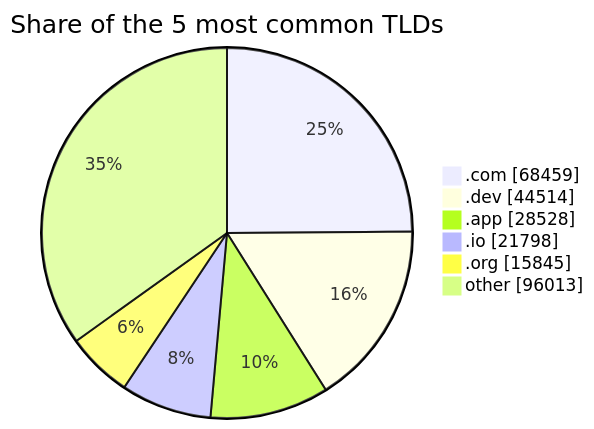
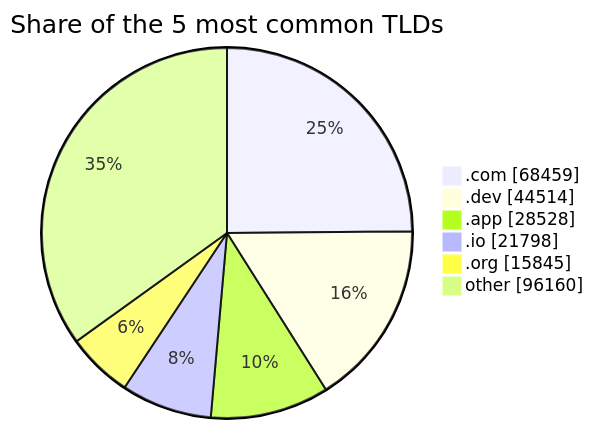
One commit to DNSBunker/CTI changed the third of 3 diagrams in README.md. Above: the diagram before and after it, drawn with Mermaid. The commit also changed other lines of this file and 3 other files, not shown here.

````diff
--- a/README.md
+++ b/README.md
@@ -81,9 +81,9 @@
 ```mermaid
 pie showData title Share of the 5 most common TLDs
     ".com" : 68459
     ".dev" : 44514
     ".app" : 28528
     ".io" : 21798
     ".org" : 15845
-    "other" : 96013
+    "other" : 96160
 ```
````
